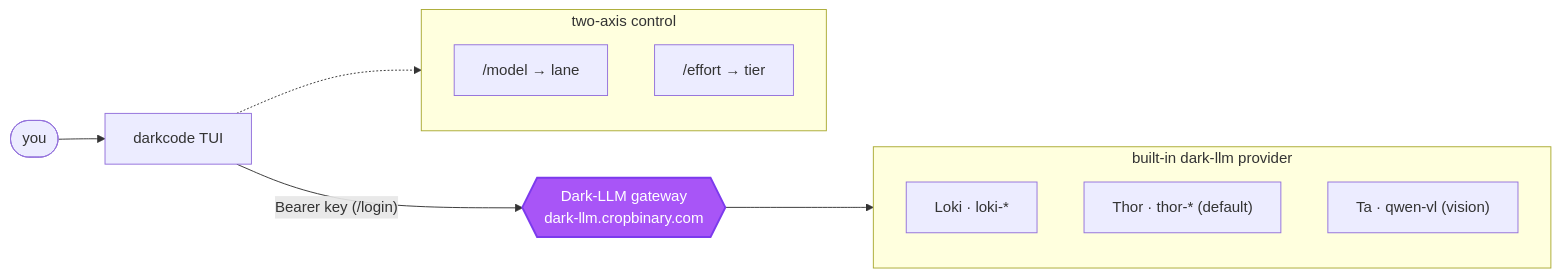
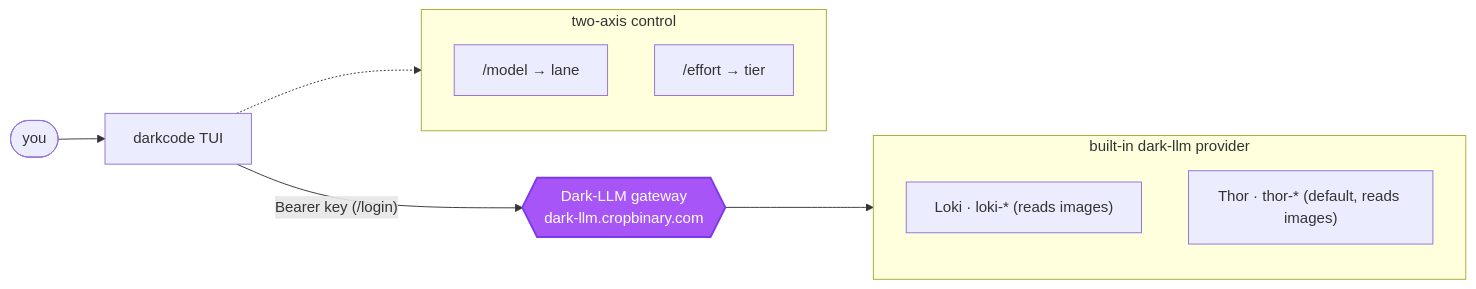
One commit to dark-crop/darkcode-cli changed the diagram in README.md. Above: the diagram before and after it, drawn with Mermaid. The commit also changed other lines of this file and 2 other files, not shown here.

Commit message:
docs: drop Ta/qwen-vl vision lane; lanes are Loki/Thor, both read images via mmproj

````diff
--- a/README.md
+++ b/README.md
@@ -108,24 +107,23 @@
 ```mermaid
 flowchart LR
     U(["you"]) --> DC["darkcode TUI"]
 
     subgraph control["two-axis control"]
         direction TB
         M["/model → lane"]
         E["/effort → tier"]
     end
     DC -.-> control
 
     DC -->|"Bearer key (/login)"| G{{"Dark-LLM gateway<br/>dark-llm.cropbinary.com"}}
 
     subgraph lanes["built-in dark-llm provider"]
         direction TB
-        SG["Loki · loki-*"]
-        TH["Thor · thor-* (default)"]
-        TA["Ta · qwen-vl (vision)"]
+        SG["Loki · loki-* (reads images)"]
+        TH["Thor · thor-* (default, reads images)"]
     end
     G --> lanes
 
     classDef hub fill:#a855f7,stroke:#7c3aed,stroke-width:2px,color:#fff
     class G hub
 ```
````
